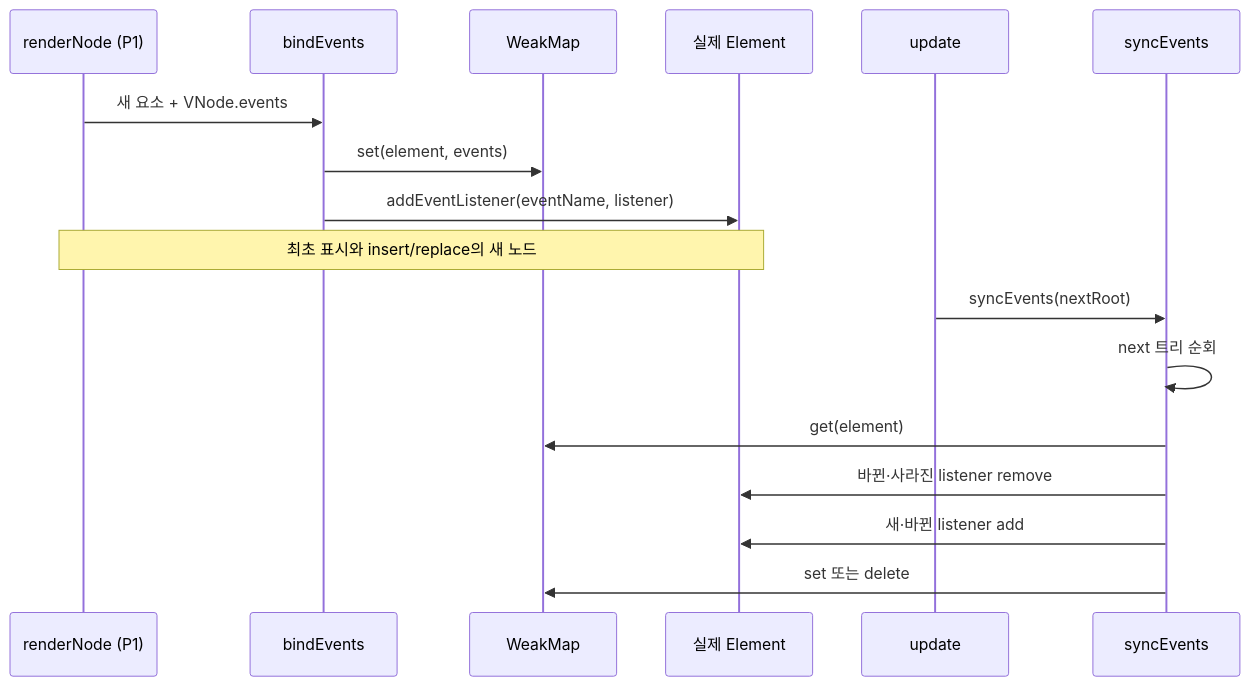
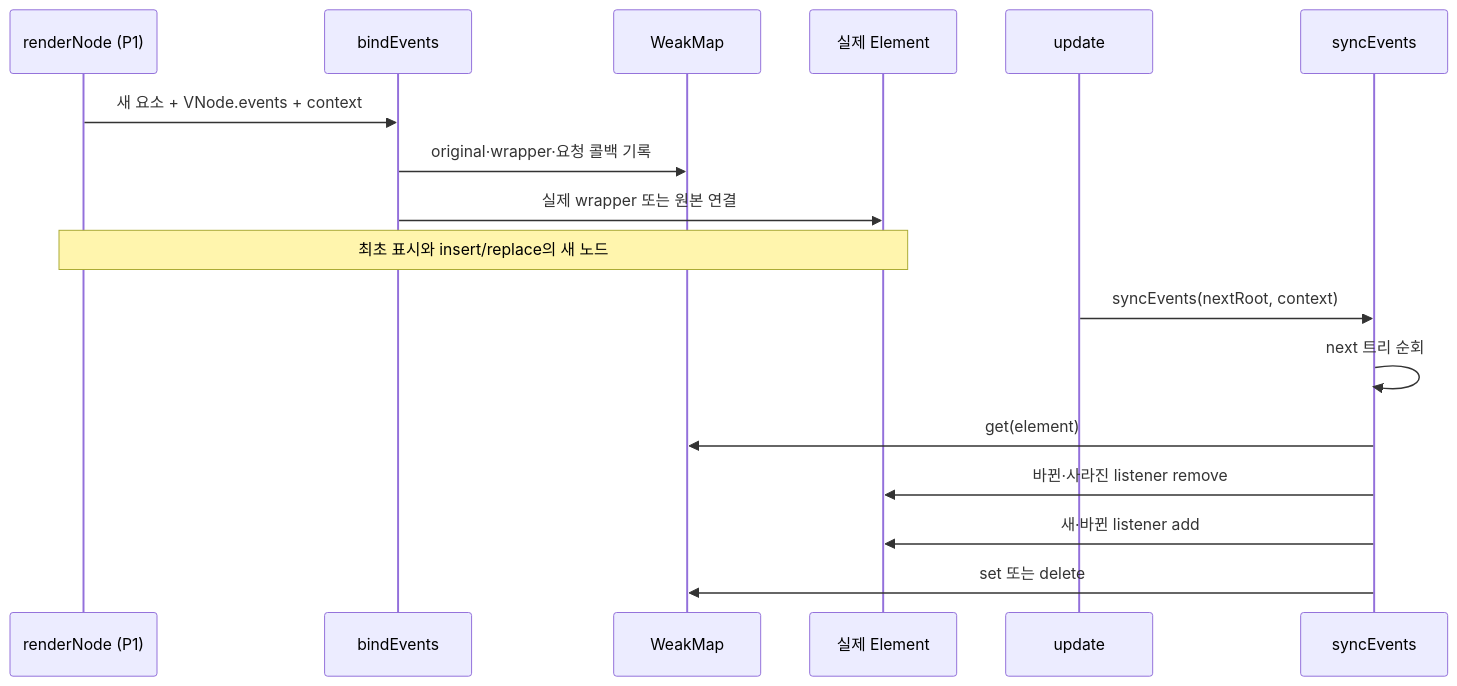
One commit to bennjung/jungle-mini-react-week11 changed the fourth of 5 diagrams in docs/p2_function_flow.md. Above: the diagram before and after it, drawn with Mermaid. The commit also changed other lines of this file and 19 other files, not shown here.

````diff
--- a/docs/p2_function_flow.md
+++ b/docs/p2_function_flow.md
@@ -277,21 +282,21 @@
 ```mermaid
 sequenceDiagram
     participant RN as renderNode (P1)
     participant BE as bindEvents
     participant WM as WeakMap
     participant DOM as 실제 Element
     participant UP as update
     participant SE as syncEvents
 
-    RN->>BE: 새 요소 + VNode.events
-    BE->>WM: set(element, events)
-    BE->>DOM: addEventListener(eventName, listener)
+    RN->>BE: 새 요소 + VNode.events + context
+    BE->>WM: original·wrapper·요청 콜백 기록
+    BE->>DOM: 실제 wrapper 또는 원본 연결
     Note over RN,DOM: 최초 표시와 insert/replace의 새 노드
 
-    UP->>SE: syncEvents(nextRoot)
+    UP->>SE: syncEvents(nextRoot, context)
     SE->>SE: next 트리 순회
     SE->>WM: get(element)
     SE->>DOM: 바뀐·사라진 listener remove
     SE->>DOM: 새·바뀐 listener add
     SE->>WM: set 또는 delete
 ```
````
